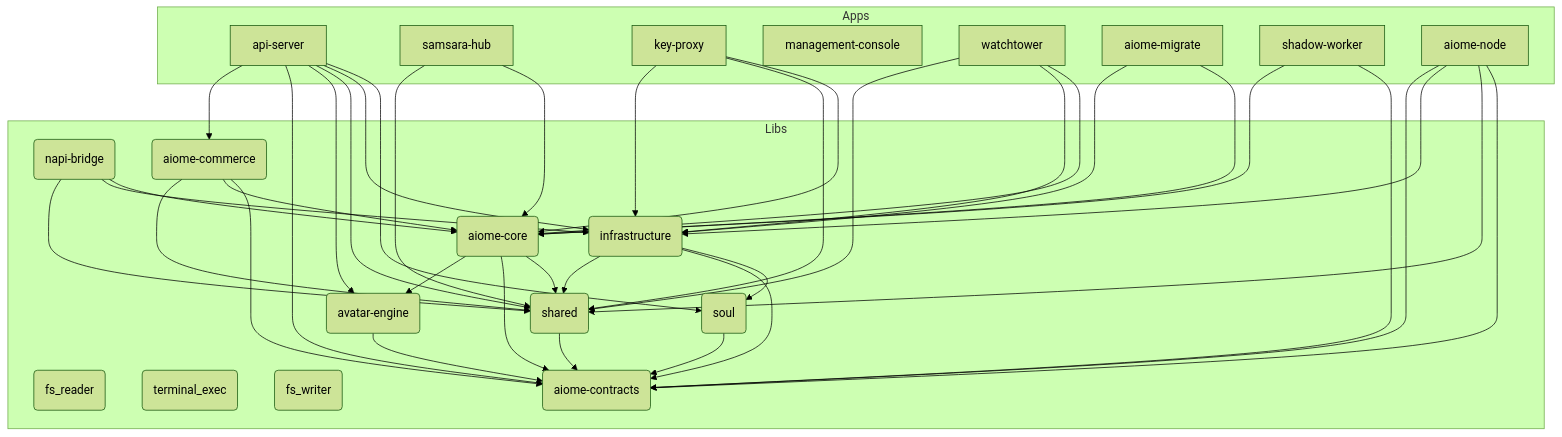
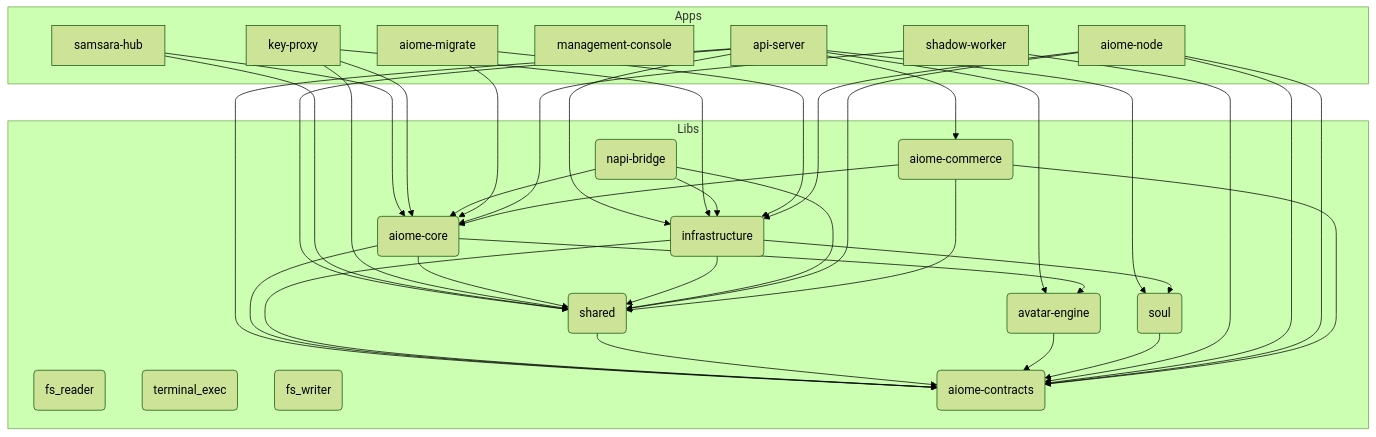
The diagram in ARCHITECTURE.md (for4xex-droid/modular-open-claw), drawn with Mermaid (forest theme) before and after one commit. The commit also changed other lines of this file and 51 other files, not shown here.

````diff
--- a/ARCHITECTURE.md
+++ b/ARCHITECTURE.md
@@ -23,65 +23,61 @@
 ```mermaid
 graph TD
     subgraph Apps
         api-server[api-server]
         samsara-hub[samsara-hub]
         key-proxy[key-proxy]
         management-console[management-console]
-        watchtower[watchtower]
         aiome-migrate[aiome-migrate]
         shadow-worker[shadow-worker]
         aiome-node[aiome-node]
     end
 
     subgraph Libs
         aiome-core(aiome-core)
         infrastructure(infrastructure)
         shared(shared)
         avatar-engine(avatar-engine)
         fs_reader(fs_reader)
         terminal_exec(terminal_exec)
         fs_writer(fs_writer)
         napi-bridge(napi-bridge)
         aiome-contracts(aiome-contracts)
         soul(soul)
         aiome-commerce(aiome-commerce)
     end
 
     api-server --> soul
     api-server --> infrastructure
     api-server --> shared
     api-server --> avatar-engine
     api-server --> aiome-contracts
     api-server --> aiome-commerce
     samsara-hub --> aiome-core
     samsara-hub --> shared
     key-proxy --> aiome-core
     key-proxy --> shared
     key-proxy --> infrastructure
     aiome-core --> shared
     aiome-core --> aiome-contracts
     aiome-core --> avatar-engine
     infrastructure --> soul
     infrastructure --> aiome-contracts
     infrastructure --> shared
     shared --> aiome-contracts
     avatar-engine --> aiome-contracts
     napi-bridge --> aiome-core
     napi-bridge --> infrastructure
     napi-bridge --> shared
-    watchtower --> aiome-core
-    watchtower --> infrastructure
-    watchtower --> shared
     soul --> aiome-contracts
     aiome-migrate --> aiome-core
     aiome-migrate --> infrastructure
     shadow-worker --> aiome-contracts
     shadow-worker --> aiome-core
     aiome-node --> aiome-contracts
     aiome-node --> shared
     aiome-node --> infrastructure
     aiome-node --> aiome-contracts
     aiome-commerce --> aiome-contracts
     aiome-commerce --> aiome-core
     aiome-commerce --> shared
 ```
````
